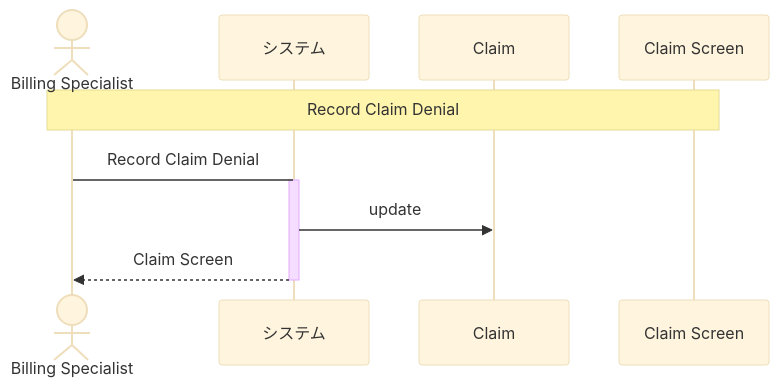
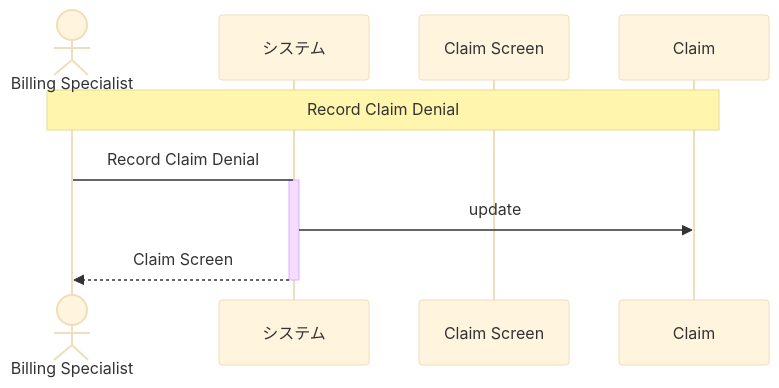
Before and after one commit to manji-0/rdra-ish-dsl: the diagram in samples/clinic-ops/out/uc/sequence_record_claim_denial.mmd, drawn with Mermaid (base theme). The commit also changed 82 other files, not shown here.

Commit message:
fix: order sequence participants by interaction flow

```diff
--- a/samples/clinic-ops/out/uc/sequence_record_claim_denial.mmd
+++ b/samples/clinic-ops/out/uc/sequence_record_claim_denial.mmd
@@ -1,12 +1,12 @@
 sequenceDiagram
   actor BillingSpecialist as Billing Specialist
   participant System as システム
+  participant ClaimScreen as Claim Screen
   participant Claim as Claim
-  participant ClaimScreen as Claim Screen
 
-  Note over BillingSpecialist,ClaimScreen: Record Claim Denial
+  Note over BillingSpecialist,Claim: Record Claim Denial
   BillingSpecialist->System: Record Claim Denial
   activate System
   System->>Claim: update
   System-->>BillingSpecialist: Claim Screen
   deactivate System
```
